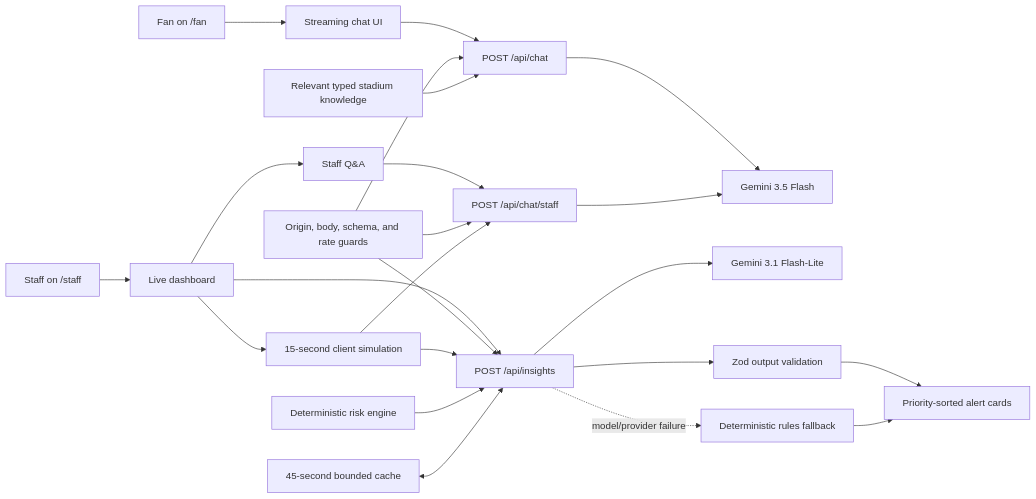
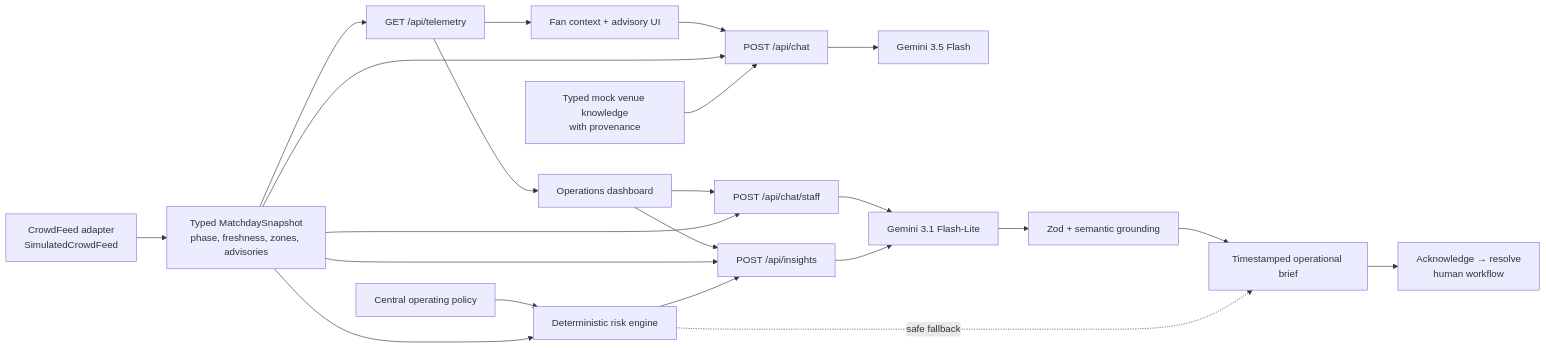
The diagram in docs/ARCHITECTURE.md (Taraka-Abhinav/H2S), drawn with Mermaid before and after one commit. The commit also changed other lines of this file and 70 other files, not shown here.

Commit message:
Unify matchday context and operations workflow

````diff
--- a/docs/ARCHITECTURE.md
+++ b/docs/ARCHITECTURE.md
@@ -7,25 +7,24 @@
 ```mermaid
 flowchart LR
-    F["Fan on /fan"] --> FC["Streaming chat UI"]
-    S["Staff on /staff"] --> SD["Live dashboard"]
-    SD --> SIM["15-second client simulation"]
-    FC --> FANAPI["POST /api/chat"]
-    SD --> ASK["Staff Q&A"]
-    ASK --> STAFFAPI["POST /api/chat/staff"]
-    SD --> INS["POST /api/insights"]
-    GUARD["Origin, body, schema, and rate guards"] --> FANAPI
-    GUARD --> STAFFAPI
-    GUARD --> INS
-    KB["Relevant typed stadium knowledge"] --> FANAPI
-    SIM --> STAFFAPI
-    SIM --> INS
+    FEED["CrowdFeed adapter\nSimulatedCrowdFeed"] --> SNAP["Typed MatchdaySnapshot\nphase, freshness, zones, advisories"]
+    SNAP --> TEL["GET /api/telemetry"]
+    TEL --> FANUI["Fan context + advisory UI"]
+    TEL --> STAFFUI["Operations dashboard"]
+    FANUI --> FANAPI["POST /api/chat"]
+    STAFFUI --> STAFFAPI["POST /api/chat/staff"]
+    STAFFUI --> INSAPI["POST /api/insights"]
+    SNAP --> FANAPI
+    SNAP --> STAFFAPI
+    SNAP --> INSAPI
+    KB["Typed mock venue knowledge\nwith provenance"] --> FANAPI
+    POLICY["Central operating policy"] --> RULES["Deterministic risk engine"]
+    SNAP --> RULES
+    RULES --> INSAPI
     FANAPI --> GEM["Gemini 3.5 Flash"]
-    INS --> LITE["Gemini 3.1 Flash-Lite"]
-    STAFFAPI --> GEM
-    OPS["Deterministic risk engine"] --> INS
-    INS --> VAL["Zod output validation"]
-    VAL --> CARDS["Priority-sorted alert cards"]
-    CACHE["45-second bounded cache"] <--> INS
-    INS -. "model/provider failure" .-> RULES["Deterministic rules fallback"]
-    RULES --> CARDS
+    STAFFAPI --> LITE["Gemini 3.1 Flash-Lite"]
+    INSAPI --> LITE
+    LITE --> GROUND["Zod + semantic grounding"]
+    GROUND --> BRIEF["Timestamped operational brief"]
+    RULES -. "safe fallback" .-> BRIEF
+    BRIEF --> REVIEW["Acknowledge → resolve\nhuman workflow"]
 ```
````
